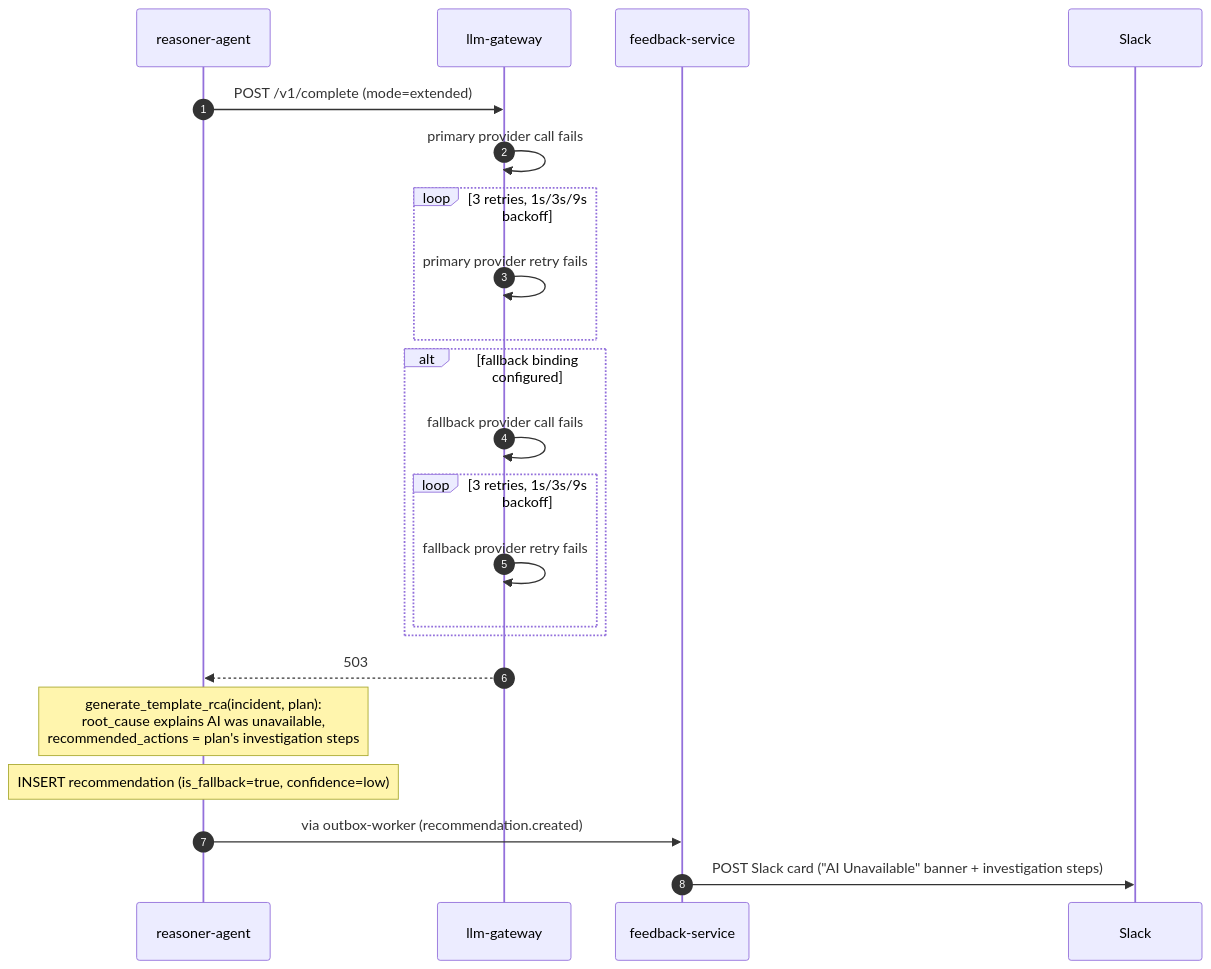
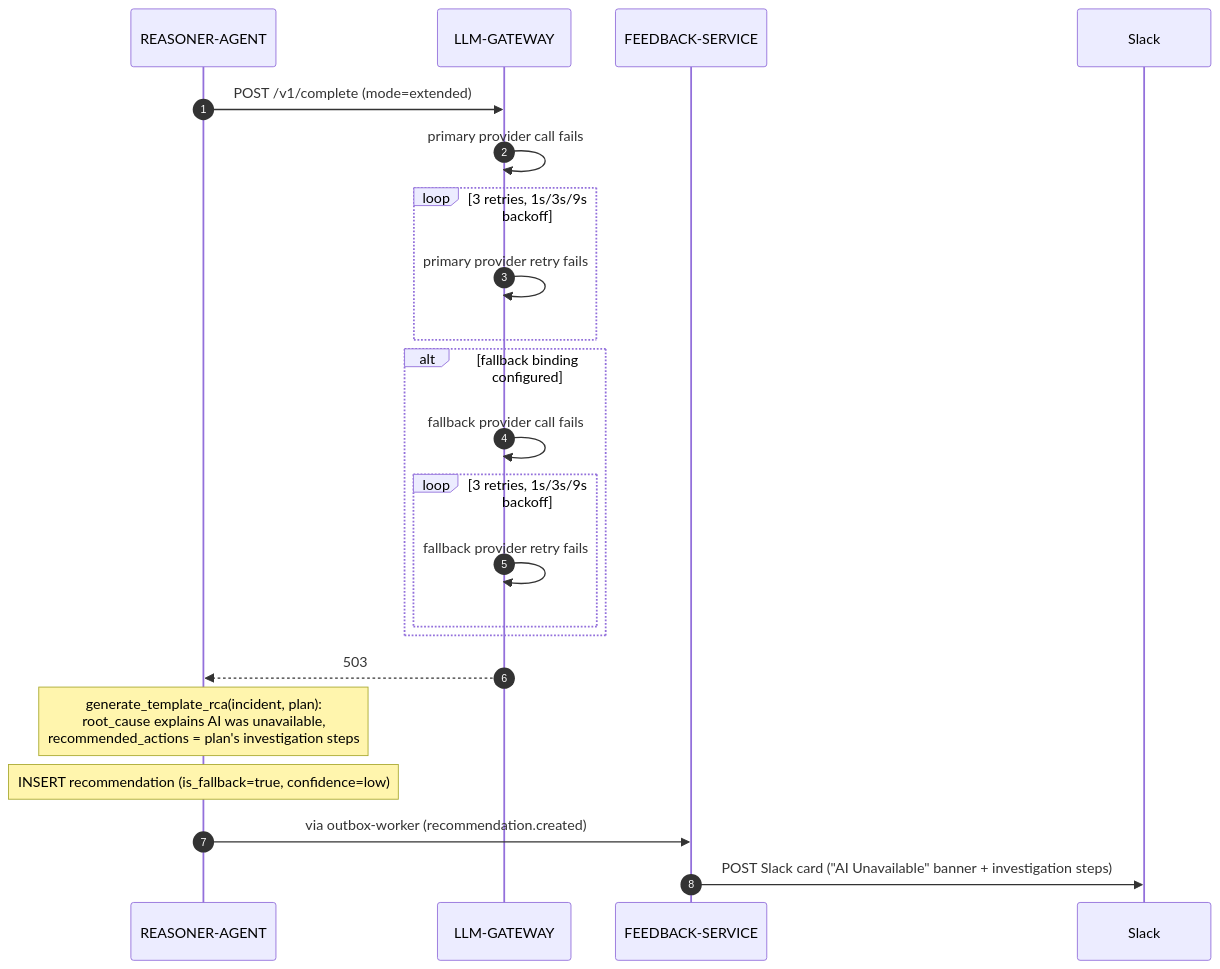
Before and after one commit to k-kohli10/radar-system: the third of 6 diagrams in docs/architecture/sequence-flows.md, drawn with Mermaid. The commit also changed other lines of this file and 4 other files, not shown here.

Commit message:
docs(diagrams): uppercase service names and drop <small> tags

````diff
--- a/docs/architecture/sequence-flows.md
+++ b/docs/architecture/sequence-flows.md
@@ -143,25 +143,25 @@
 ```mermaid
 sequenceDiagram
     autonumber
-    participant reasoner as reasoner-agent
-    participant llm as llm-gateway
-    participant feedback as feedback-service
+    participant reasoner as REASONER-AGENT
+    participant llm as LLM-GATEWAY
+    participant feedback as FEEDBACK-SERVICE
     participant Slack
 
     reasoner->>llm: POST /v1/complete (mode=extended)
     llm->>llm: primary provider call fails
     loop 3 retries, 1s/3s/9s backoff
         llm->>llm: primary provider retry fails
     end
     alt fallback binding configured
         llm->>llm: fallback provider call fails
         loop 3 retries, 1s/3s/9s backoff
             llm->>llm: fallback provider retry fails
         end
     end
     llm-->>reasoner: 503
     Note over reasoner: generate_template_rca(incident, plan):<br/>root_cause explains AI was unavailable,<br/>recommended_actions = plan's investigation steps
     Note over reasoner: INSERT recommendation (is_fallback=true, confidence=low)
     reasoner->>feedback: via outbox-worker (recommendation.created)
     feedback->>Slack: POST Slack card ("AI Unavailable" banner + investigation steps)
 ```
````
